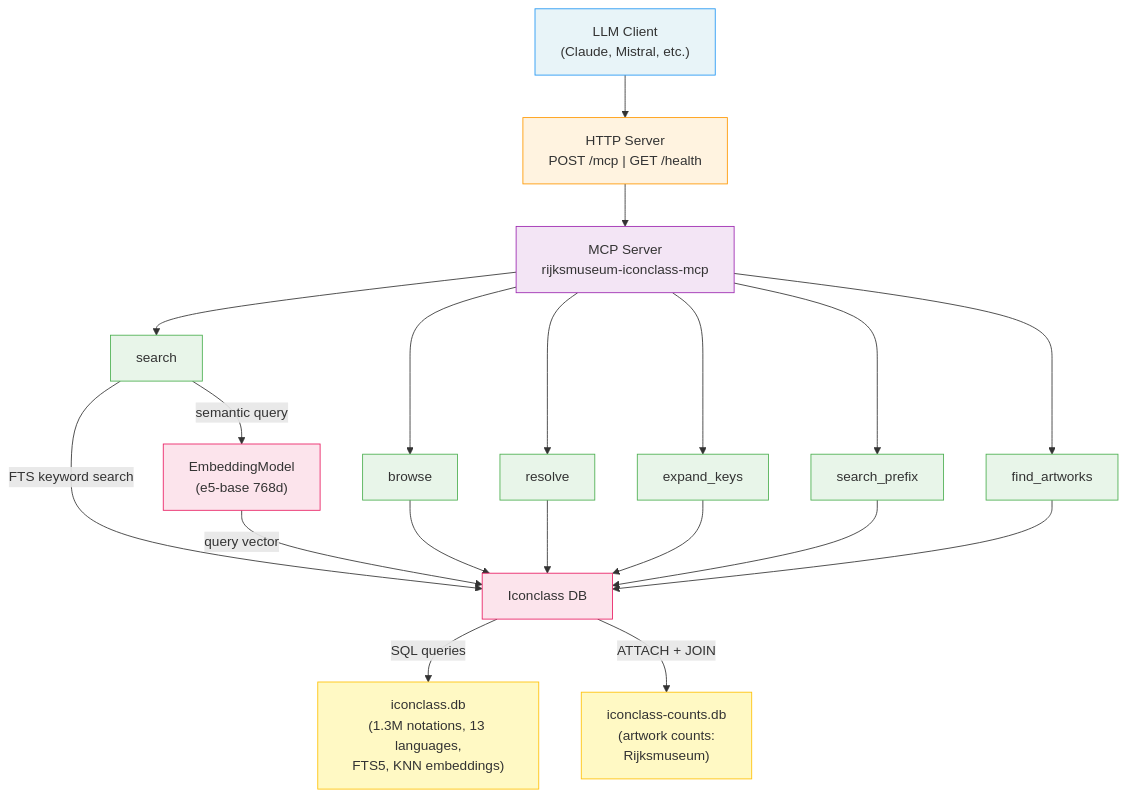
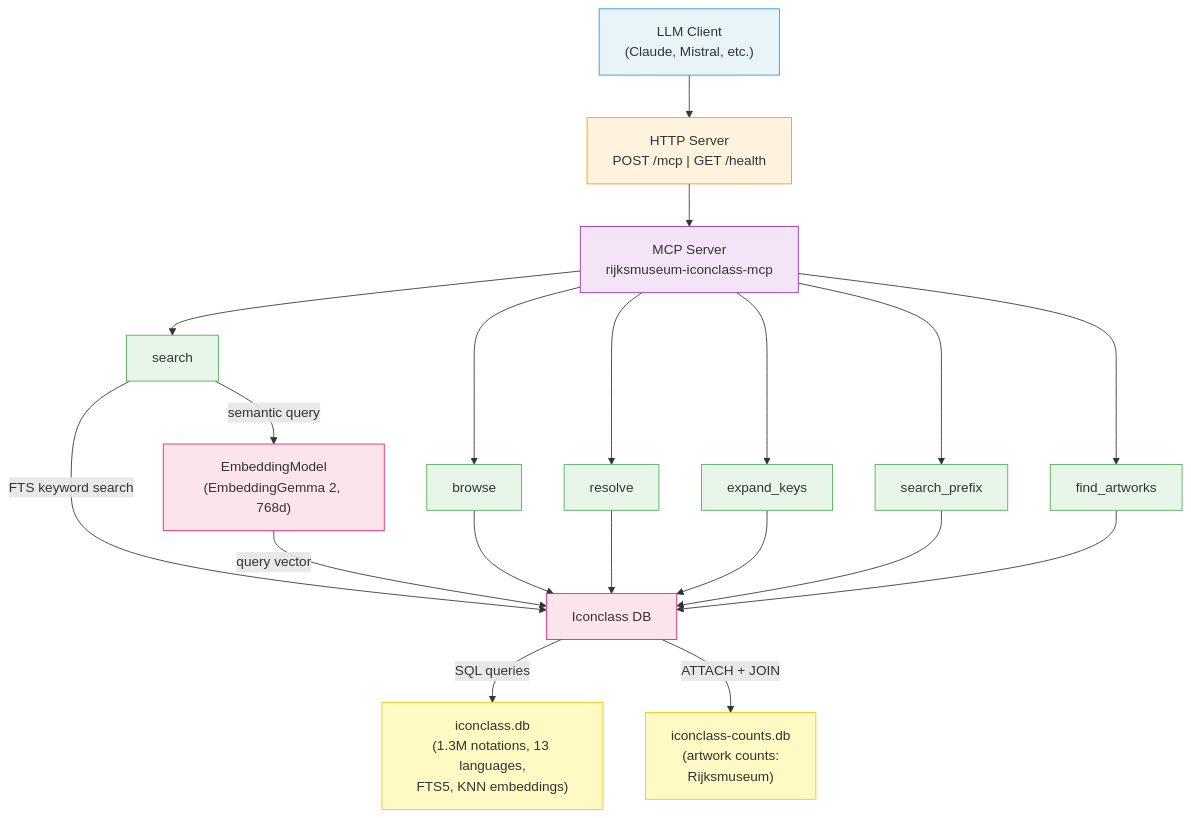
One commit to kintopp/rijksmuseum-iconclass-mcp changed the diagram in README.md. Above: the diagram before and after it, drawn with Mermaid. The commit also changed 15 other files, not shown here.

First line of the commit message:
Switch semantic search to EmbeddingGemma 2 with an in-memory two-pass KNN

````diff
--- a/README.md
+++ b/README.md
@@ -109,36 +109,36 @@
 ```mermaid
 graph TB
     Client["LLM Client<br/>(Claude, Mistral, etc.)"] --> HTTP["HTTP Server<br/>POST /mcp | GET /health"]
 
     HTTP --> MCP["MCP Server<br/>rijksmuseum-iconclass-mcp"]
 
     MCP --> T1["search"]
     MCP --> T2["browse"]
     MCP --> T3["resolve"]
     MCP --> T4["expand_keys"]
     MCP --> T5["search_prefix"]
     MCP --> T6["find_artworks"]
 
     T1 -->|"FTS keyword search"| DB["Iconclass DB"]
-    T1 -->|"semantic query"| EMB["EmbeddingModel<br/>(e5-base 768d)"]
+    T1 -->|"semantic query"| EMB["EmbeddingModel<br/>(EmbeddingGemma 2, 768d)"]
     EMB -->|"query vector"| DB
 
     T2 & T3 & T4 & T5 & T6 --> DB
 
     DB -->|"SQL queries"| MAIN["iconclass.db<br/>(1.3M notations, 13 languages,<br/>FTS5, KNN embeddings)"]
     DB -->|"ATTACH + JOIN"| COUNTS["iconclass-counts.db<br/>(artwork counts:<br/>Rijksmuseum)"]
 
     style Client fill:#e8f4f8,stroke:#2196F3
     style HTTP fill:#fff3e0,stroke:#FF9800
     style MCP fill:#f3e5f5,stroke:#9C27B0
     style T1 fill:#e8f5e9,stroke:#4CAF50
     style T2 fill:#e8f5e9,stroke:#4CAF50
     style T3 fill:#e8f5e9,stroke:#4CAF50
     style T4 fill:#e8f5e9,stroke:#4CAF50
     style T5 fill:#e8f5e9,stroke:#4CAF50
     style T6 fill:#e8f5e9,stroke:#4CAF50
     style DB fill:#fce4ec,stroke:#E91E63
     style EMB fill:#fce4ec,stroke:#E91E63
     style MAIN fill:#fff9c4,stroke:#FFC107
     style COUNTS fill:#fff9c4,stroke:#FFC107
 ```
````
